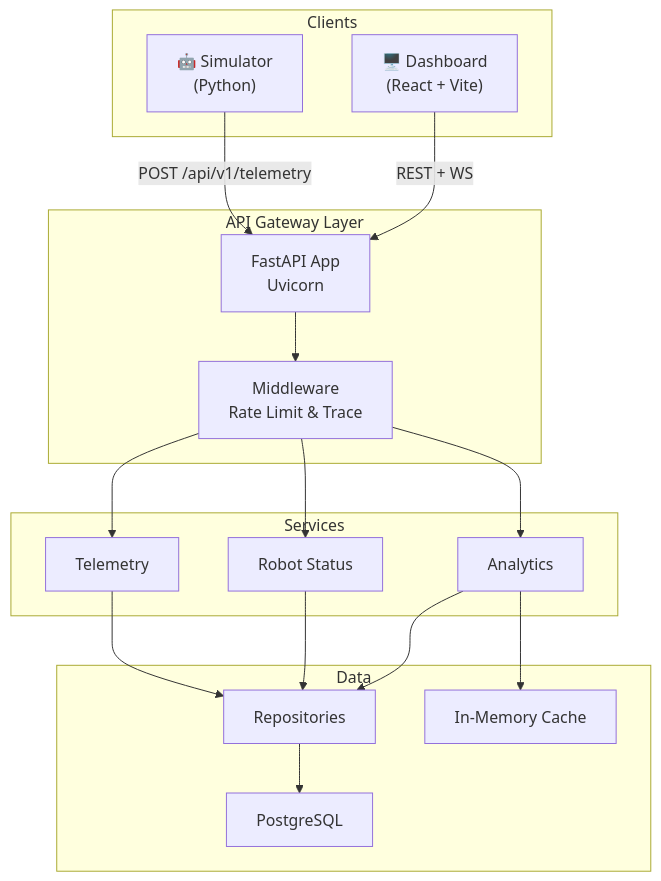
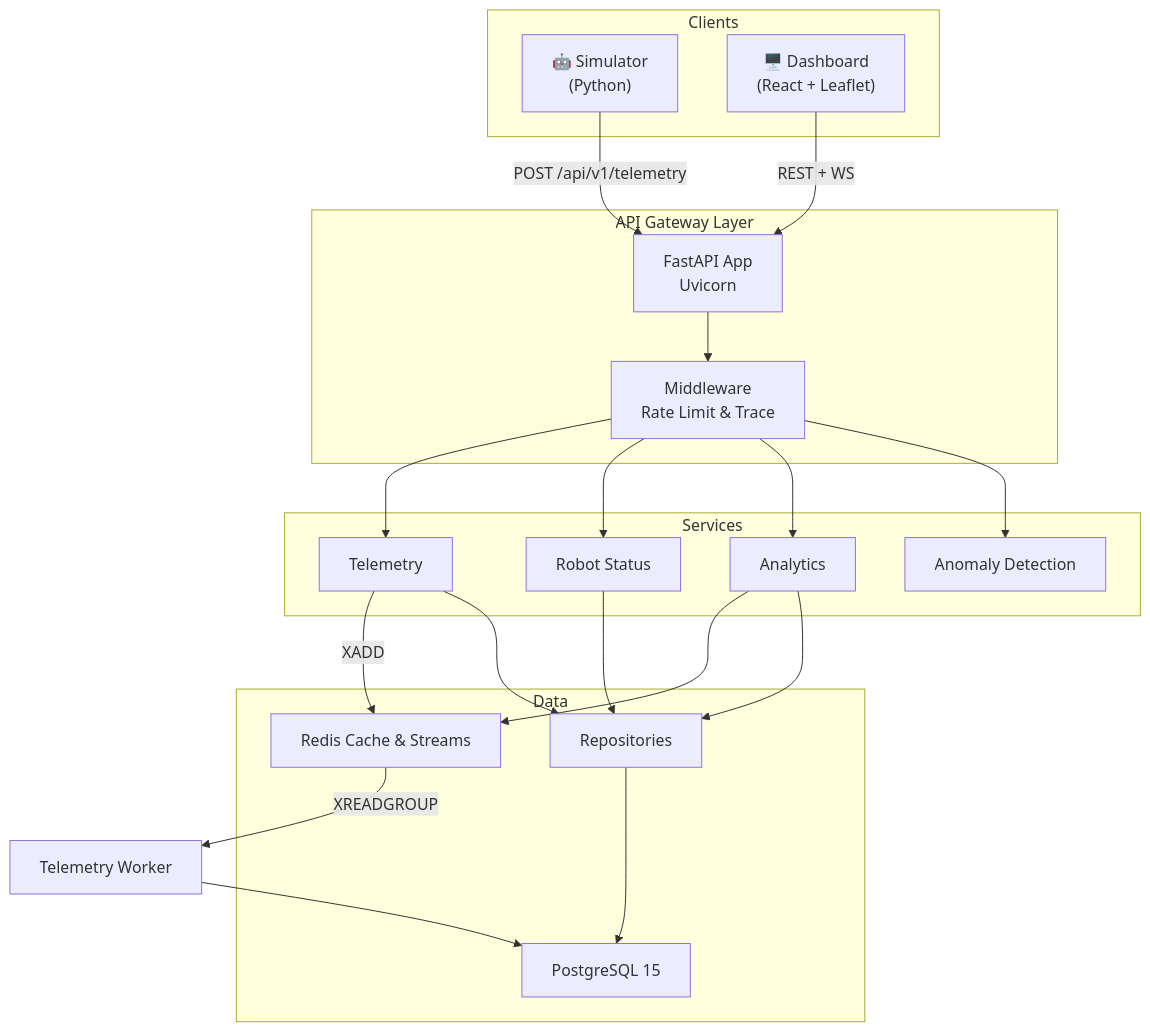
The diagram in README.md (colin-110/robot-fleet-platform), drawn with Mermaid before and after one commit. The commit also changed other lines of this file and 24 other files, not shown here.

````diff
--- a/README.md
+++ b/README.md
@@ -16,30 +25,34 @@
 ```mermaid
 graph TB
   subgraph "Clients"
     SIM["🤖 Simulator<br>(Python)"]
-    DASH["🖥️ Dashboard<br>(React + Vite)"]
+    DASH["🖥️ Dashboard<br>(React + Leaflet)"]
   end
 
   subgraph "API Gateway Layer"
     API["FastAPI App<br>Uvicorn"]
     MW["Middleware<br>Rate Limit & Trace"]
   end
 
   subgraph "Services"
     SVC_T["Telemetry"]
     SVC_R["Robot Status"]
     SVC_A["Analytics"]
+    SVC_ML["Anomaly Detection"]
   end
 
   subgraph "Data"
     REPO["Repositories"]
-    CACHE["In-Memory Cache"]
-    DB["PostgreSQL"]
+    CACHE["Redis Cache & Streams"]
+    DB["PostgreSQL 15"]
   end
 
   SIM -->|"POST /api/v1/telemetry"| API
   DASH -->|"REST + WS"| API
-  API --> MW --> SVC_T & SVC_R & SVC_A
+  API --> MW --> SVC_T & SVC_R & SVC_A & SVC_ML
   SVC_A --> CACHE
+  SVC_T -->|"XADD"| CACHE
+  CACHE -->|"XREADGROUP"| Worker["Telemetry Worker"]
+  Worker --> DB
   SVC_T & SVC_R & SVC_A --> REPO --> DB
 ```
````
